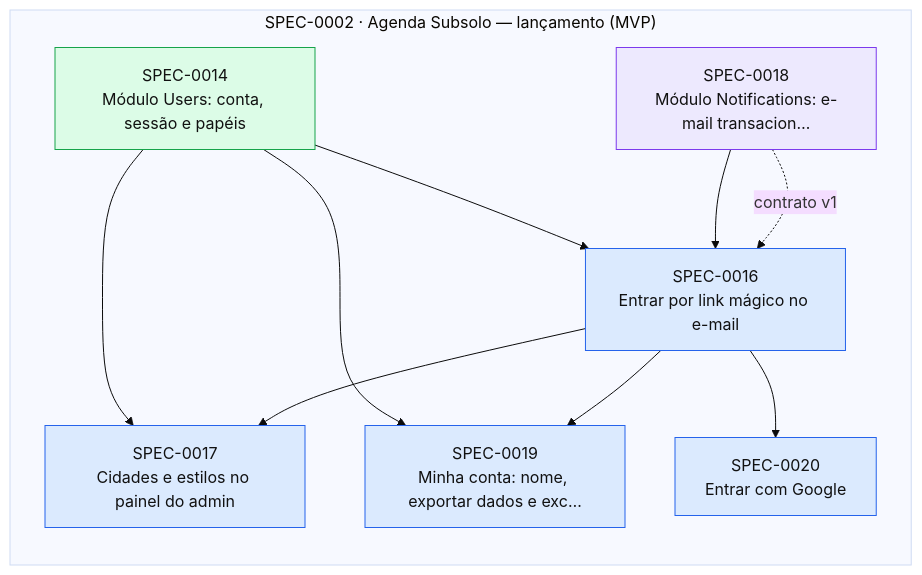
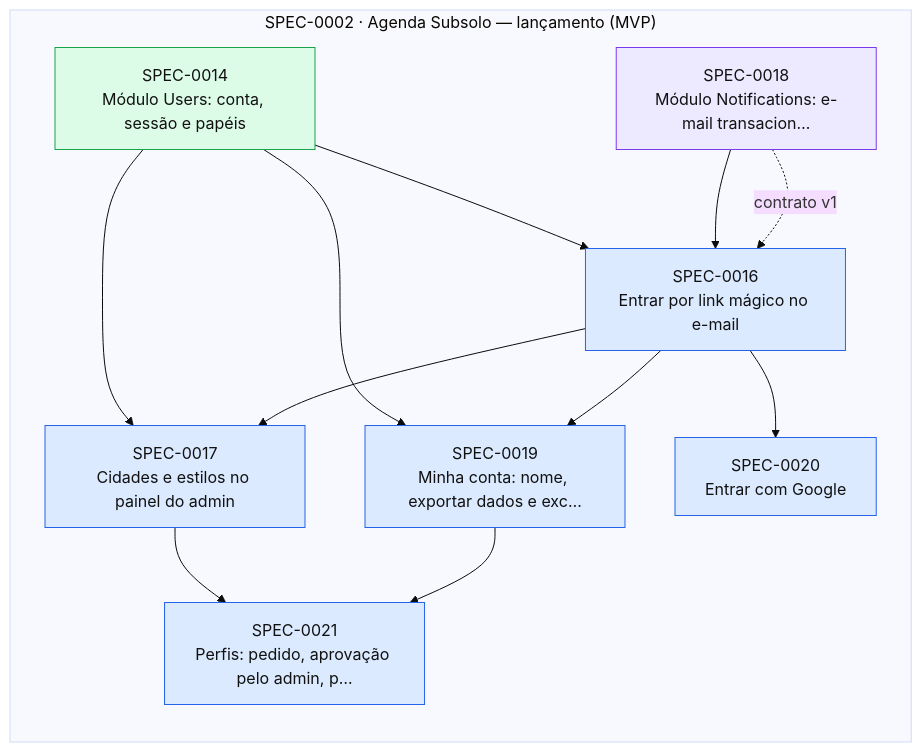
The diagram in docs/specs/INDEX.md (thomasravache/subsolo), drawn with Mermaid (base theme) before and after one commit. The commit also changed other lines of this file and 3 other files, not shown here.

First line of the commit message:
docs(sdd): add and approve SPEC-0021 (Perfis) under the standing autopilot

````diff
--- a/docs/specs/INDEX.md
+++ b/docs/specs/INDEX.md
@@ -68,24 +70,27 @@
 ```mermaid
 flowchart LR
   subgraph E0002["SPEC-0002 · Agenda Subsolo — lançamento (MVP)"]
     S0014["SPEC-0014<br/>Módulo Users: conta, sessão e papéis"]:::implemented
     S0016["SPEC-0016<br/>Entrar por link mágico no e-mail"]:::approved
     S0017["SPEC-0017<br/>Cidades e estilos no painel do admin"]:::approved
     S0018["SPEC-0018<br/>Módulo Notifications: e-mail transacion…"]:::inprogress
     S0019["SPEC-0019<br/>Minha conta: nome, exportar dados e exc…"]:::approved
     S0020["SPEC-0020<br/>Entrar com Google"]:::approved
+    S0021["SPEC-0021<br/>Perfis: pedido, aprovação pelo admin, p…"]:::approved
   end
   S0014 --> S0016
   S0018 --> S0016
   S0018 -. contrato v1 .-> S0016
   S0014 --> S0017
   S0016 --> S0017
   S0014 --> S0019
   S0016 --> S0019
   S0016 --> S0020
+  S0017 --> S0021
+  S0019 --> S0021
   classDef proposed fill:#fef3c7,stroke:#d97706,color:#111
   classDef approved fill:#dbeafe,stroke:#2563eb,color:#111
   classDef inprogress fill:#ede9fe,stroke:#7c3aed,color:#111
   classDef implemented fill:#dcfce7,stroke:#16a34a,color:#111
   classDef deprecated fill:#f3f4f6,stroke:#9ca3af,color:#6b7280
 ```
````
